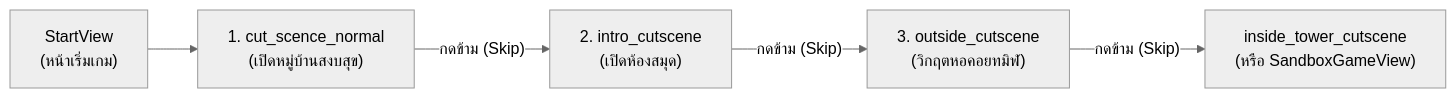
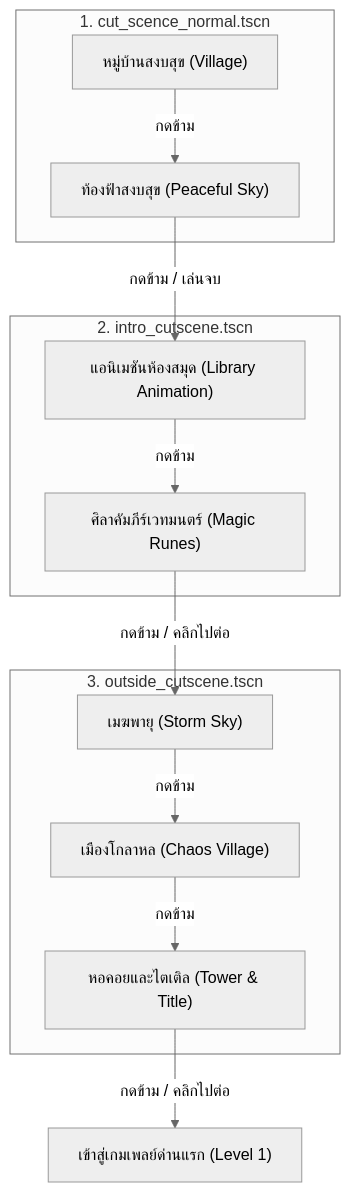
One commit to PetchAuisui/Demo-Game-Git-Diwaa changed the diagram in docs/cutscene-controls.md. Above: the diagram before and after it, drawn with Mermaid (neutral theme). The commit also changed other lines of this file and 4 other files, not shown here.

````diff
--- a/docs/cutscene-controls.md
+++ b/docs/cutscene-controls.md
@@ -72,7 +78,19 @@
 ```mermaid
-flowchart LR
-    Start["StartView\n(หน้าเริ่มเกม)"] --> Normal["1. cut_scence_normal\n(เปิดหมู่บ้านสงบสุข)"]
-    Normal -->|"กดข้าม (Skip)"| Intro["2. intro_cutscene\n(เปิดห้องสมุด)"]
-    Intro -->|"กดข้าม (Skip)"| Outside["3. outside_cutscene\n(วิกฤตหอคอยทมิฬ)"]
-    Outside -->|"กดข้าม (Skip)"| Inside["inside_tower_cutscene\n(หรือ SandboxGameView)"]
+flowchart TD
+    subgraph S1["1. cut_scence_normal.tscn"]
+        N1["หมู่บ้านสงบสุข (Village)"] -->|"กดข้าม"| N2["ท้องฟ้าสงบสุข (Peaceful Sky)"]
+    end
+    
+    subgraph S2["2. intro_cutscene.tscn"]
+        I1["แอนิเมชันห้องสมุด (Library Animation)"] -->|"กดข้าม"| I2["ศิลาคัมภีร์เวทมนตร์ (Magic Runes)"]
+    end
+    
+    subgraph S3["3. outside_cutscene.tscn"]
+        O1["เมฆพายุ (Storm Sky)"] -->|"กดข้าม"| O2["เมืองโกลาหล (Chaos Village)"]
+        O2 -->|"กดข้าม"| O3["หอคอยและไตเติล (Tower & Title)"]
+    end
+    
+    N2 -->|"กดข้าม / เล่นจบ"| I1
+    I2 -->|"กดข้าม / คลิกไปต่อ"| O1
+    O3 -->|"กดข้าม / คลิกไปต่อ"| Game["เข้าสู่เกมเพลย์ด่านแรก (Level 1)"]
 ```
````
